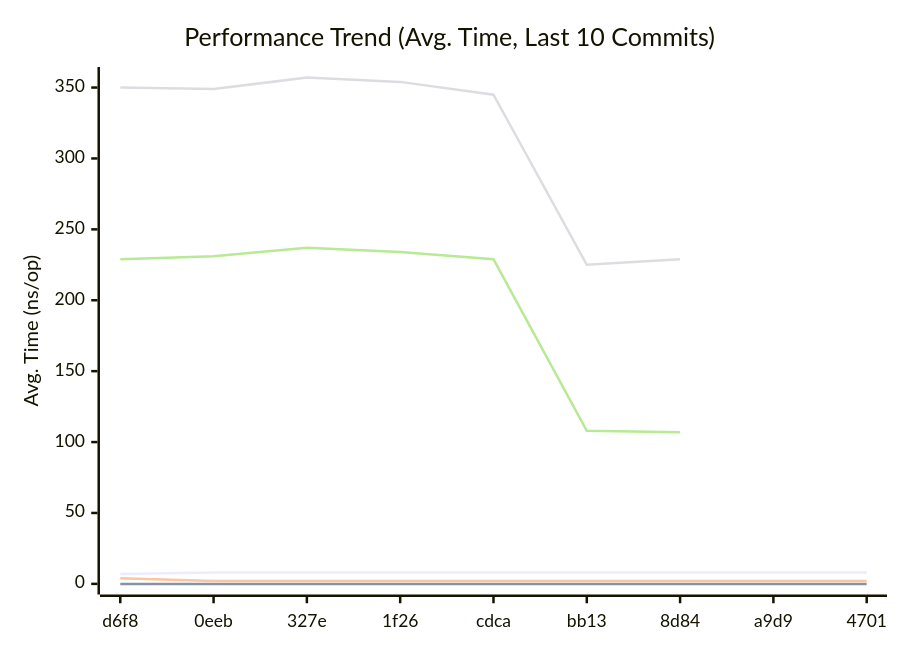
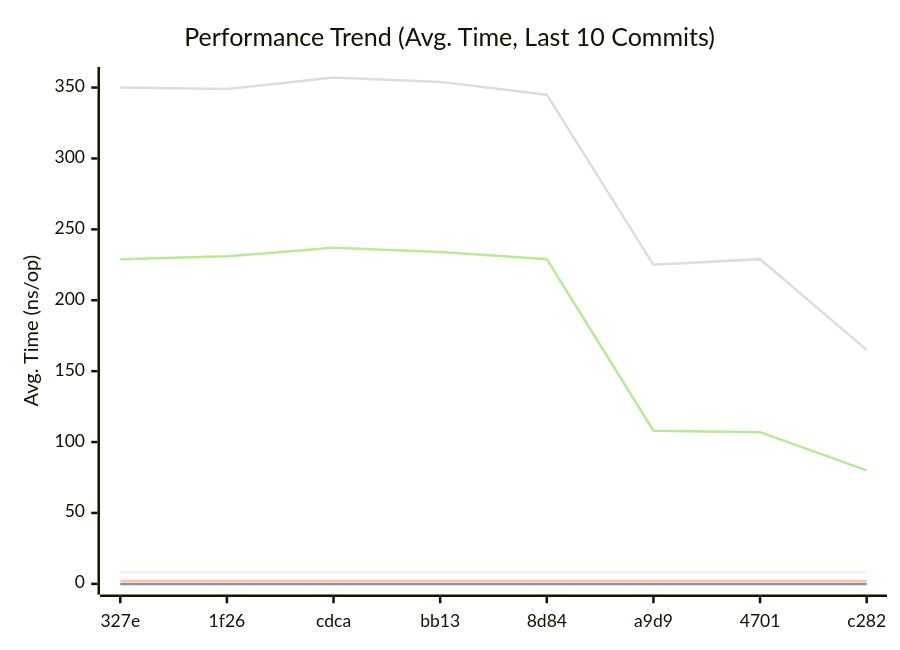
One commit to alsotoes/momo changed the first of 3 diagrams in doc/README.md. Above: the diagram before and after it, drawn with Mermaid. The commit also changed other lines of this file and 1 other file, not shown here.

````diff
--- a/doc/README.md
+++ b/doc/README.md
@@ -296,12 +296,12 @@
 ```mermaid
 xychart-beta
     title "Performance Trend (Avg. Time, Last 10 Commits)"
     x-axis "Commit"
     y-axis "Avg. Time (ns/op)"
-    x-axis [d6f8,0eeb,327e,1f26,cdca,bb13,8d84,a9d9,4701]
-    line "CheckMetricsAndSwap" [7,8,8,8,8,8,8,8,8,9]
+    x-axis [327e,1f26,cdca,bb13,8d84,a9d9,4701,c282]
+    line "CheckMetricsAndSwap" [8,8,8,8,8,8,8,8,9,7]
     line "IndexDirectTracking" [0,0,0,0,0,0,0,0,0,0]
-    line "IndexSearch" [4,2,2,2,2,2,2,2,2,2]
-    line "ParseReplicationOrder_NoPrealloc" [350,349,357,354,345,225,229]
-    line "ParseReplicationOrder_Prealloc" [229,231,237,234,229,108,107]
+    line "IndexSearch" [2,2,2,2,2,2,2,2,2,3]
+    line "ParseReplicationOrder_NoPrealloc" [350,349,357,354,345,225,229,165]
+    line "ParseReplicationOrder_Prealloc" [229,231,237,234,229,108,107,80]
 ```
````
